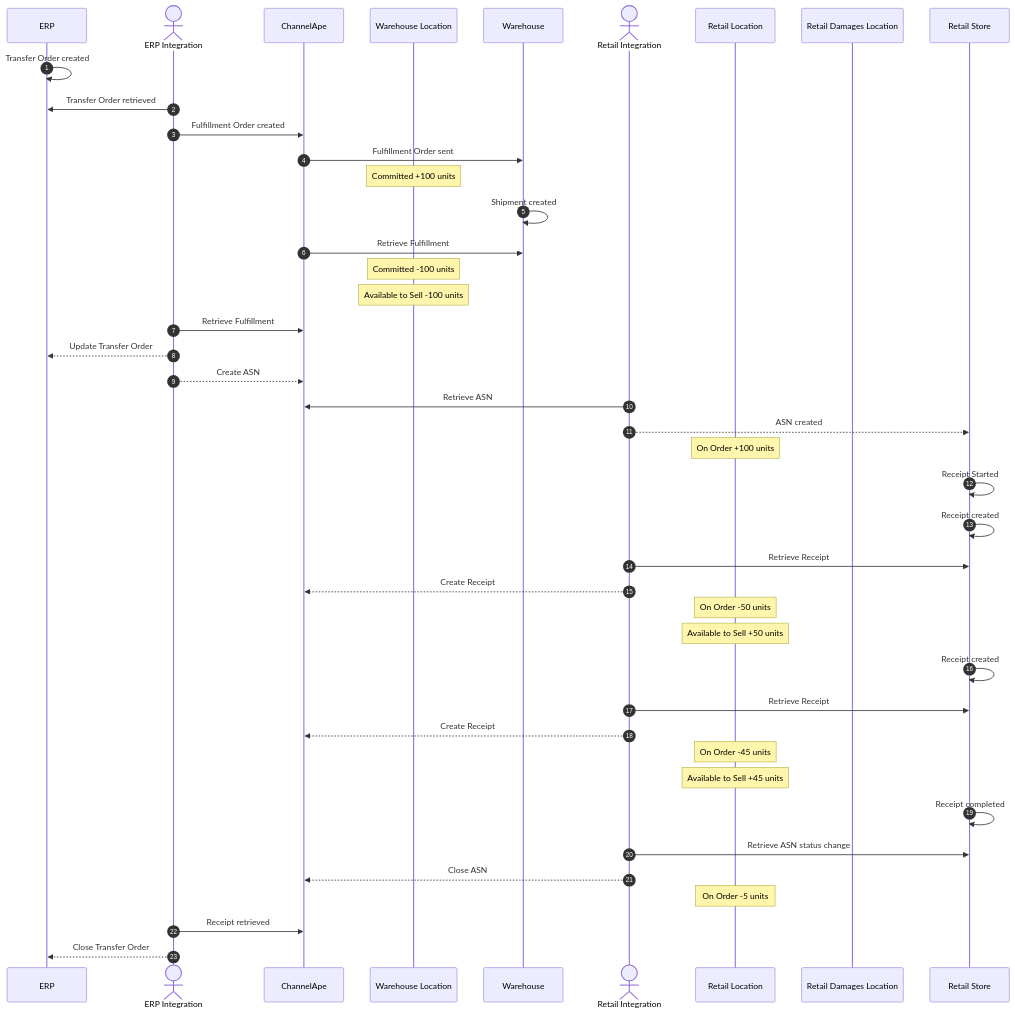
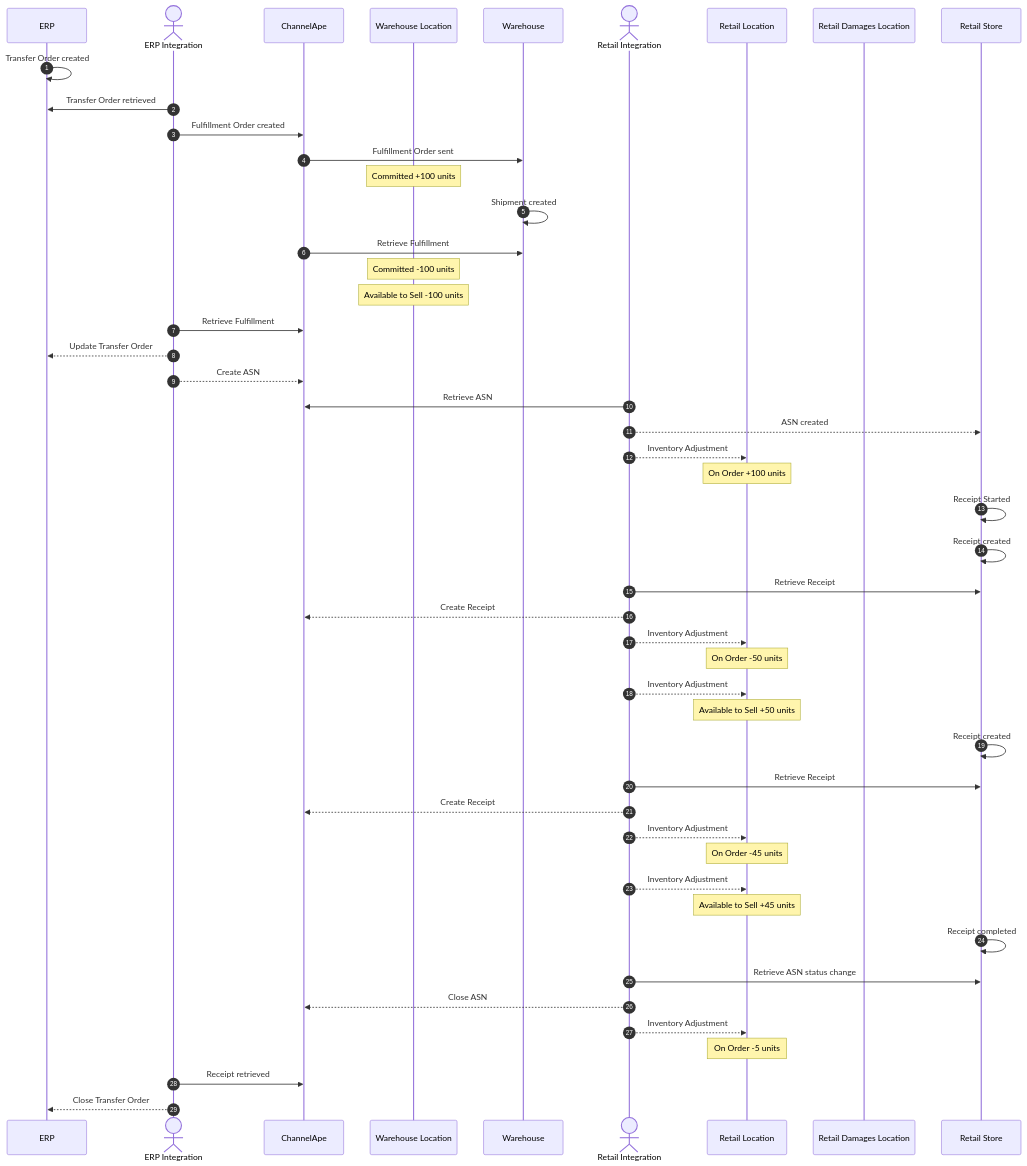
Before and after one commit to ChannelApe/channelape-docs: the third of 6 diagrams in data-flows/transfer-orders/README.md, drawn with Mermaid. The commit also changed other lines of this file, not shown here.

Commit message:
Added sequences for actor & retail location adjustments

````diff
--- a/data-flows/transfer-orders/README.md
+++ b/data-flows/transfer-orders/README.md
@@ -160,58 +168,64 @@
 ```mermaid
 sequenceDiagram
     autonumber
     participant ERP
     actor ERP Integration
     participant ChannelApe
     participant Warehouse Location
     participant Warehouse
     actor Retail Integration
     participant Retail Location
     participant Retail Damages Location
     participant Retail Store
 
     ERP->>ERP: Transfer Order created
 
     ERP Integration->>ERP: Transfer Order retrieved
     ERP Integration->>ChannelApe: Fulfillment Order created
 
     ChannelApe->>Warehouse: Fulfillment Order sent
     note over Warehouse Location: Committed +100 units
     
     Warehouse->>Warehouse: Shipment created
     ChannelApe->>Warehouse: Retrieve Fulfillment
     note over Warehouse Location: Committed -100 units
     note over Warehouse Location: Available to Sell -100 units
 
     ERP Integration->>ChannelApe: Retrieve Fulfillment
     ERP Integration-->>ERP: Update Transfer Order
     ERP Integration-->>ChannelApe: Create ASN
     
     Retail Integration->>ChannelApe: Retrieve ASN
     Retail Integration-->>Retail Store: ASN created
+    Retail Integration-->>Retail Location: Inventory Adjustment
     note over Retail Location: On Order +100 units
 
     Retail Store->>Retail Store: Receipt Started
 
     Retail Store->>Retail Store: Receipt created
     Retail Integration->>Retail Store: Retrieve Receipt
     Retail Integration-->>ChannelApe: Create Receipt
+    Retail Integration-->>Retail Location: Inventory Adjustment
     note over Retail Location: On Order -50 units
+    Retail Integration-->>Retail Location: Inventory Adjustment
     note over Retail Location: Available to Sell +50 units
 
     Retail Store->>Retail Store: Receipt created
     Retail Integration->>Retail Store: Retrieve Receipt
     Retail Integration-->>ChannelApe: Create Receipt
+    Retail Integration-->>Retail Location: Inventory Adjustment
     note over Retail Location: On Order -45 units
+    Retail Integration-->>Retail Location: Inventory Adjustment
     note over Retail Location: Available to Sell +45 units
 
     Retail Store->>Retail Store: Receipt completed
 
     Retail Integration->>Retail Store: Retrieve ASN status change
     Retail Integration-->>ChannelApe: Close ASN
+    Retail Integration-->>Retail Location: Inventory Adjustment
     note over Retail Location: On Order -5 units
 
     ERP Integration->>ChannelApe: Receipt retrieved
 
     ERP Integration-->>ERP: Close Transfer Order
 ```
````
